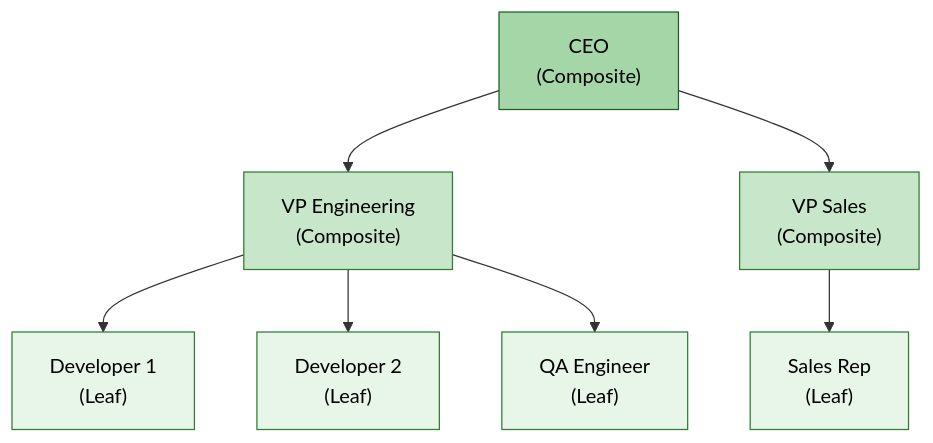
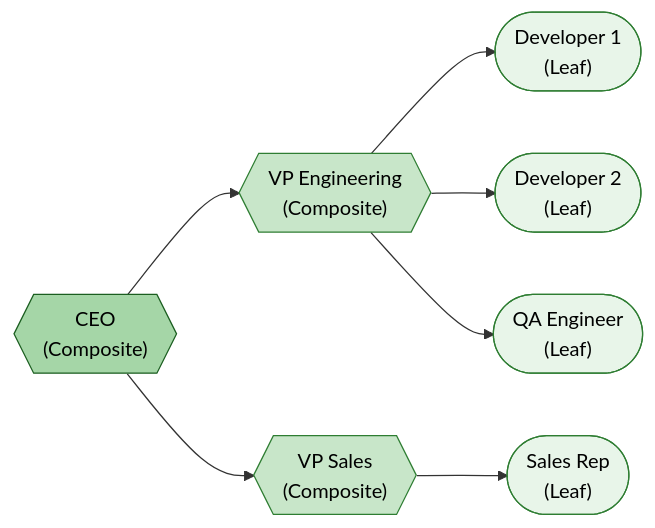
Before and after one commit to saivamsikaruturi/vamsilabs-dev-notes-main: the fourth of 4 diagrams in docs/designpatterns/structuralDesignPatterns/CompositeDesignPattern.md, drawn with Mermaid. The commit also changed other lines of this file and 146 other files, not shown here.

Commit message:
Horizontal diagrams, UML class diagrams, typography overhaul, and permalink cleanup

````diff
--- a/docs/designpatterns/structuralDesignPatterns/CompositeDesignPattern.md
+++ b/docs/designpatterns/structuralDesignPatterns/CompositeDesignPattern.md
@@ -54,25 +86,25 @@
 ```mermaid
-flowchart TD
-    CEO["CEO\n(Composite)"]
-    VP1["VP Engineering\n(Composite)"]
-    VP2["VP Sales\n(Composite)"]
-    Dev1["Developer 1\n(Leaf)"]
-    Dev2["Developer 2\n(Leaf)"]
-    QA["QA Engineer\n(Leaf)"]
-    Sales1["Sales Rep\n(Leaf)"]
+flowchart LR
+    CEO{{"CEO\n(Composite)"}}
+    VP1{{"VP Engineering\n(Composite)"}}
+    VP2{{"VP Sales\n(Composite)"}}
+    Dev1(["Developer 1\n(Leaf)"])
+    Dev2(["Developer 2\n(Leaf)"])
+    QA(["QA Engineer\n(Leaf)"])
+    Sales1(["Sales Rep\n(Leaf)"])
 
     CEO --> VP1
     CEO --> VP2
     VP1 --> Dev1
     VP1 --> Dev2
     VP1 --> QA
     VP2 --> Sales1
 
     style CEO fill:#a5d6a7,stroke:#1b5e20,color:#000
     style VP1 fill:#c8e6c9,stroke:#2e7d32,color:#000
     style VP2 fill:#c8e6c9,stroke:#2e7d32,color:#000
     style Dev1 fill:#e8f5e9,stroke:#2e7d32,color:#000
     style Dev2 fill:#e8f5e9,stroke:#2e7d32,color:#000
     style QA fill:#e8f5e9,stroke:#2e7d32,color:#000
     style Sales1 fill:#e8f5e9,stroke:#2e7d32,color:#000
 ```
````
